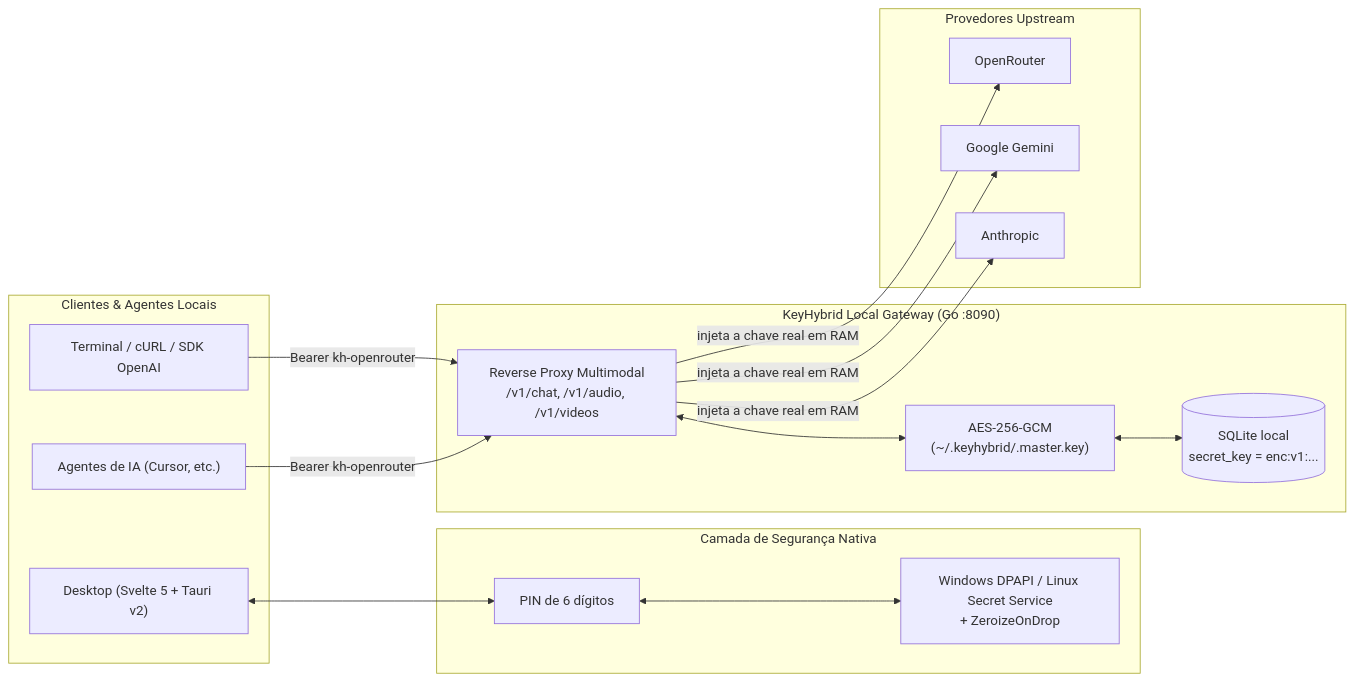
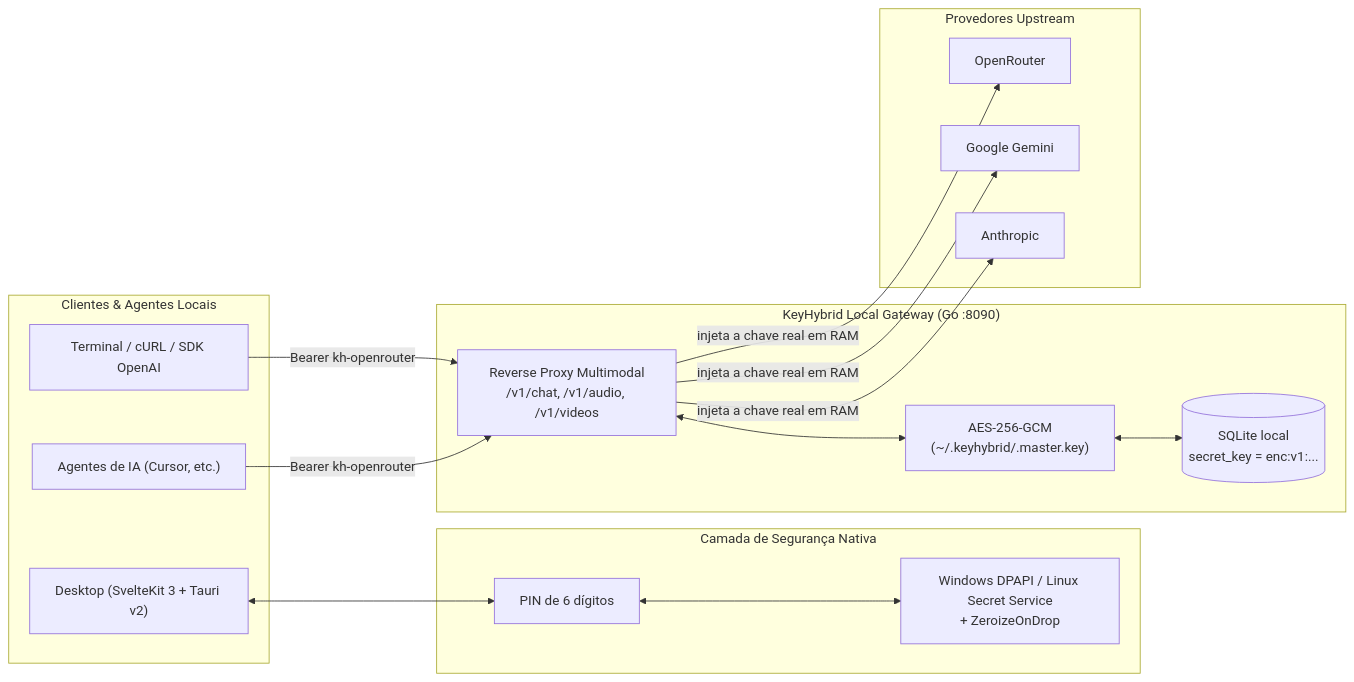
The diagram in README.md (in100tiva/KeyHybrid), drawn with Mermaid before and after one commit. The commit also changed other lines of this file and 12 other files, not shown here.

````diff
--- a/README.md
+++ b/README.md
@@ -29,35 +29,35 @@
 ```mermaid
 flowchart LR
     subgraph Client["Clientes & Agentes Locais"]
         CLI["Terminal / cURL / SDK OpenAI"]
         IDE["Agentes de IA (Cursor, etc.)"]
-        UI["Desktop (Svelte 5 + Tauri v2)"]
+        UI["Desktop (SvelteKit 3 + Tauri v2)"]
     end
 
     subgraph SecurityLayer["Camada de Segurança Nativa"]
         PIN["PIN de 6 dígitos"]
         OSVault["Windows DPAPI / Linux Secret Service\n+ ZeroizeOnDrop"]
     end
 
     subgraph Gateway["KeyHybrid Local Gateway (Go :8090)"]
         Proxy["Reverse Proxy Multimodal\n/v1/chat, /v1/audio, /v1/videos"]
         AES["AES-256-GCM\n(~/.keyhybrid/.master.key)"]
         DB[("SQLite local\nsecret_key = enc:v1:...")]
     end
 
     subgraph Providers["Provedores Upstream"]
         OR["OpenRouter"]
         GM["Google Gemini"]
         AN["Anthropic"]
     end
 
     CLI -- "Bearer kh-openrouter" --> Proxy
     IDE -- "Bearer kh-openrouter" --> Proxy
     UI <--> PIN
     PIN <--> OSVault
     Proxy <--> AES
     AES <--> DB
     Proxy -- "injeta a chave real em RAM" --> OR
     Proxy -- "injeta a chave real em RAM" --> GM
     Proxy -- "injeta a chave real em RAM" --> AN
 ```
````
